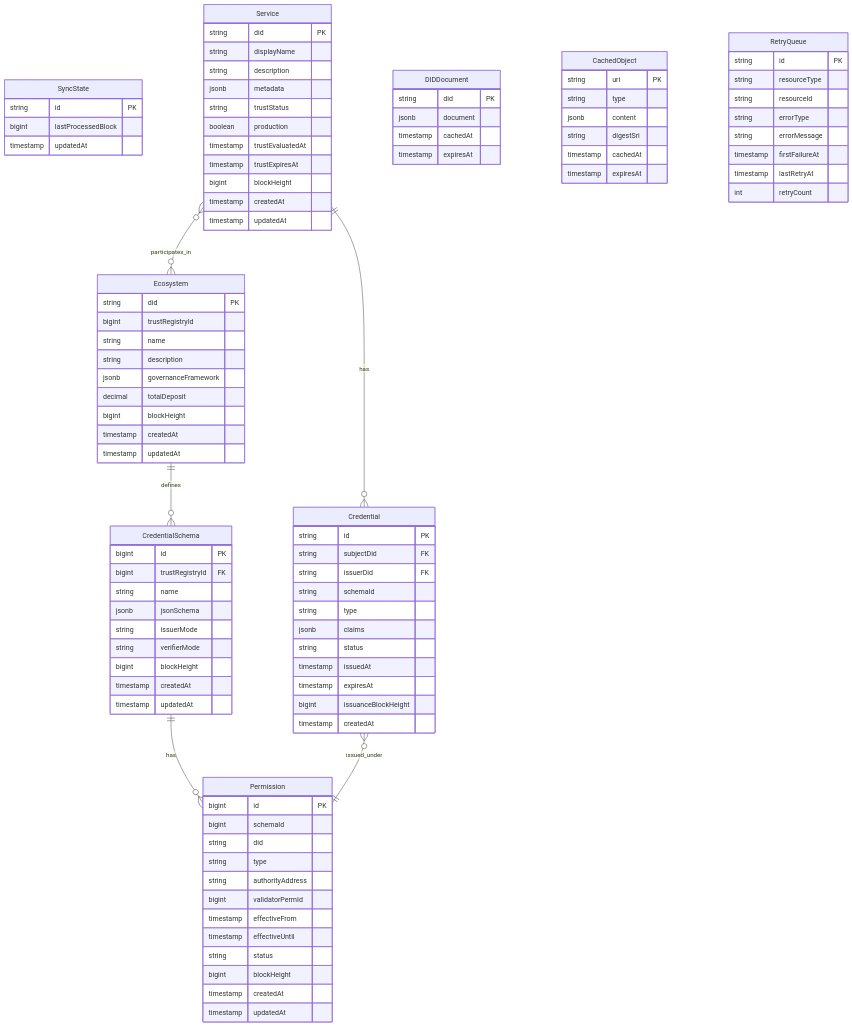
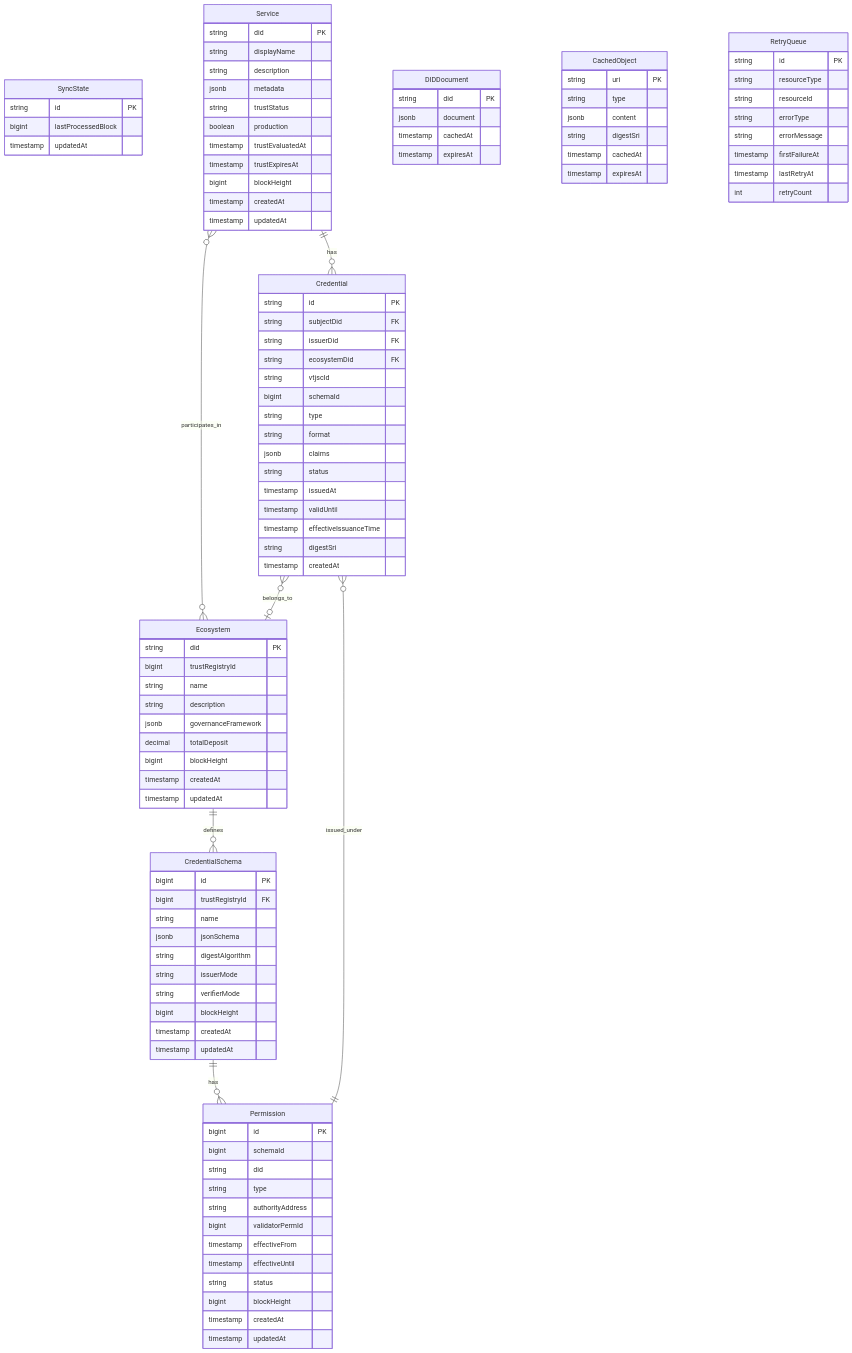
Before and after one commit to verana-labs/verana-resolver: the fifth of 6 diagrams in implementation-plan.md, drawn with Mermaid. The commit also changed other lines of this file and 2 other files, not shown here.

````diff
--- a/implementation-plan.md
+++ b/implementation-plan.md
@@ -432,13 +464,17 @@
         string id PK
         string subjectDid FK
         string issuerDid FK
-        string schemaId
+        string ecosystemDid FK
+        string vtjscId
+        bigint schemaId
         string type
+        string format
         jsonb claims
         string status
         timestamp issuedAt
-        timestamp expiresAt
-        bigint issuanceBlockHeight
+        timestamp validUntil
+        timestamp effectiveIssuanceTime
+        string digestSri
         timestamp createdAt
     }
 
@@ -462,6 +498,7 @@
         bigint trustRegistryId FK
         string name
         jsonb jsonSchema
+        string digestAlgorithm
         string issuerMode
         string verifierMode
         bigint blockHeight
@@ -501,4 +538,5 @@
     Ecosystem ||--o{ CredentialSchema : "defines"
     CredentialSchema ||--o{ Permission : "has"
     Credential }o--|| Permission : "issued_under"
+    Credential }o--o| Ecosystem : "belongs_to"
 ```
````
